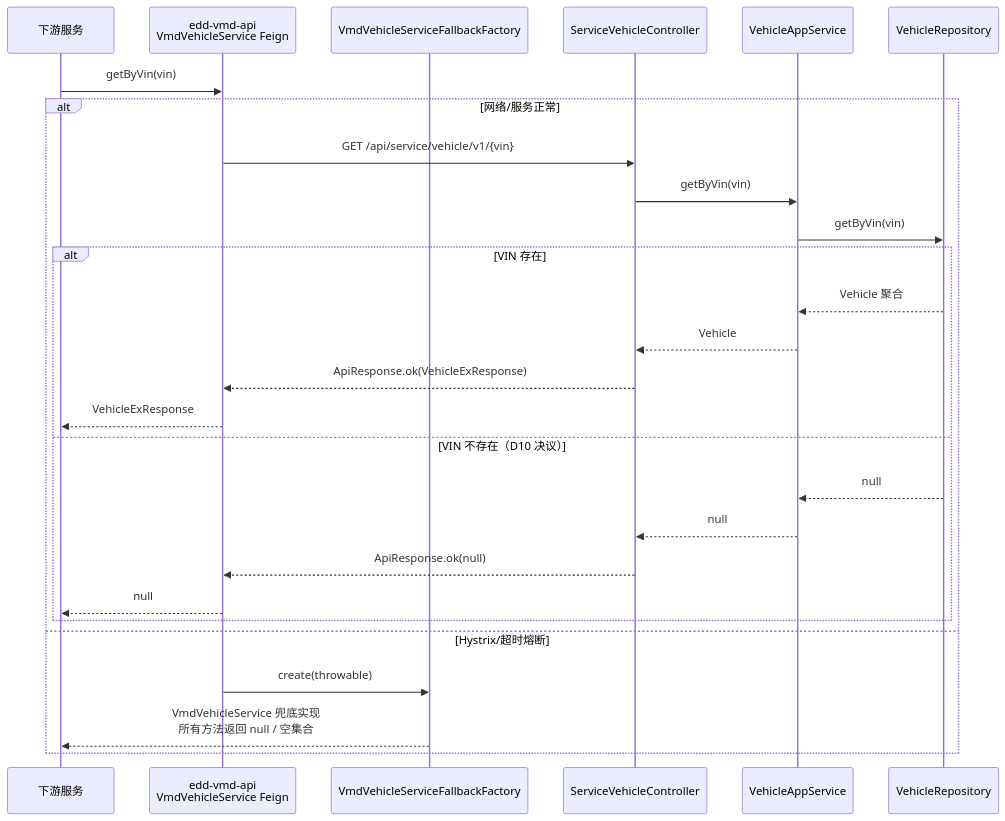
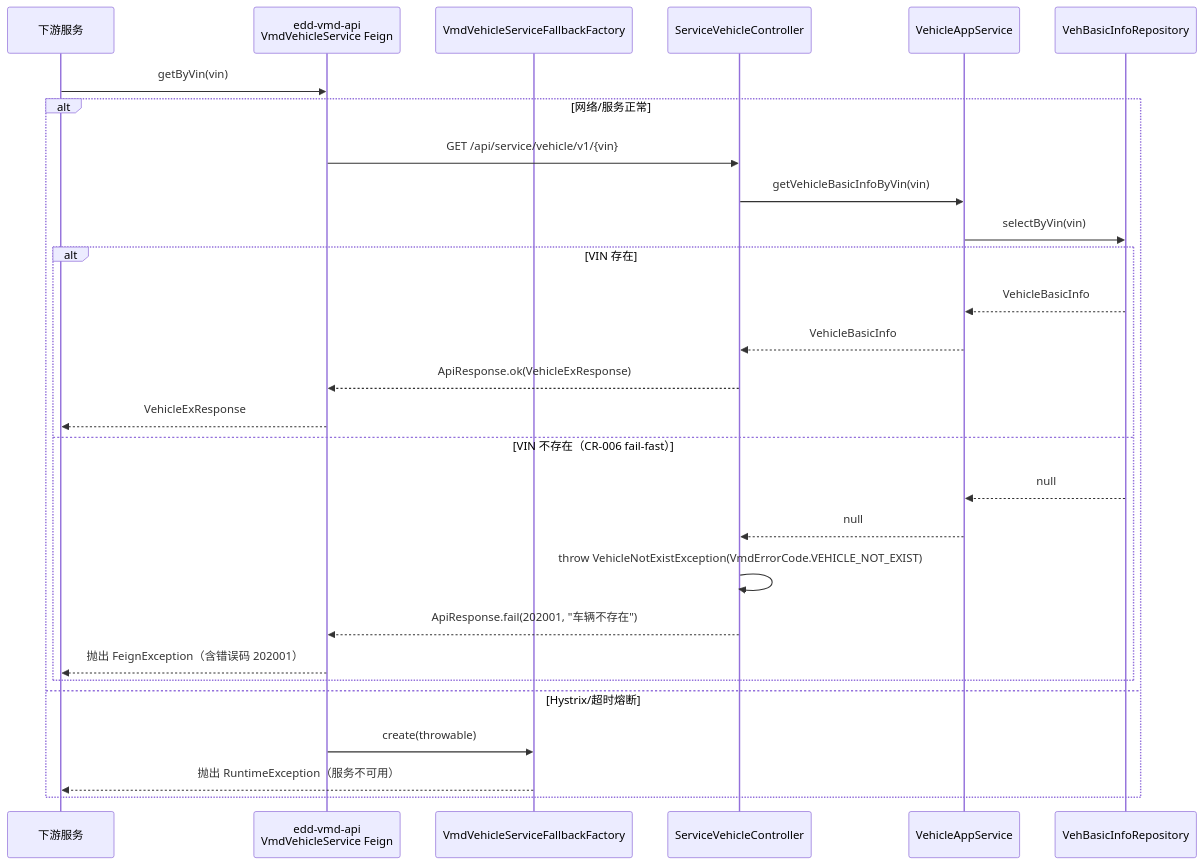
One commit to hwyzleo/iov-cloud-edd-vmd changed the eighth of 9 diagrams in specs/vehicle-master-data-platform/design.md. Above: the diagram before and after it, drawn with Mermaid. The commit also changed other lines of this file and 10 other files, not shown here.

````diff
--- a/specs/vehicle-master-data-platform/design.md
+++ b/specs/vehicle-master-data-platform/design.md
@@ -360,30 +360,31 @@
 ```mermaid
 sequenceDiagram
     participant Caller as 下游服务
     participant API as edd-vmd-api<br/>VmdVehicleService Feign
     participant FF as VmdVehicleServiceFallbackFactory
     participant SC as ServiceVehicleController
     participant VAS as VehicleAppService
-    participant VR as VehicleRepository
+    participant VR as VehBasicInfoRepository
 
     Caller->>API: getByVin(vin)
     alt 网络/服务正常
         API->>SC: GET /api/service/vehicle/v1/{vin}
-        SC->>VAS: getByVin(vin)
-        VAS->>VR: getByVin(vin)
+        SC->>VAS: getVehicleBasicInfoByVin(vin)
+        VAS->>VR: selectByVin(vin)
         alt VIN 存在
-            VR-->>VAS: Vehicle 聚合
-            VAS-->>SC: Vehicle
+            VR-->>VAS: VehicleBasicInfo
+            VAS-->>SC: VehicleBasicInfo
             SC-->>API: ApiResponse.ok(VehicleExResponse)
             API-->>Caller: VehicleExResponse
-        else VIN 不存在（D10 决议）
+        else VIN 不存在（CR-006 fail-fast）
             VR-->>VAS: null
             VAS-->>SC: null
-            SC-->>API: ApiResponse.ok(null)
-            API-->>Caller: null
+            SC->>SC: throw VehicleNotExistException(VmdErrorCode.VEHICLE_NOT_EXIST)
+            SC-->>API: ApiResponse.fail(202001, "车辆不存在")
+            API-->>Caller: 抛出 FeignException（含错误码 202001）
         end
     else Hystrix/超时熔断
         API->>FF: create(throwable)
-        FF-->>Caller: VmdVehicleService 兜底实现<br/>所有方法返回 null / 空集合
+        FF-->>Caller: 抛出 RuntimeException（服务不可用）
     end
 ```
````
